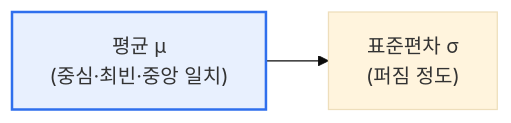
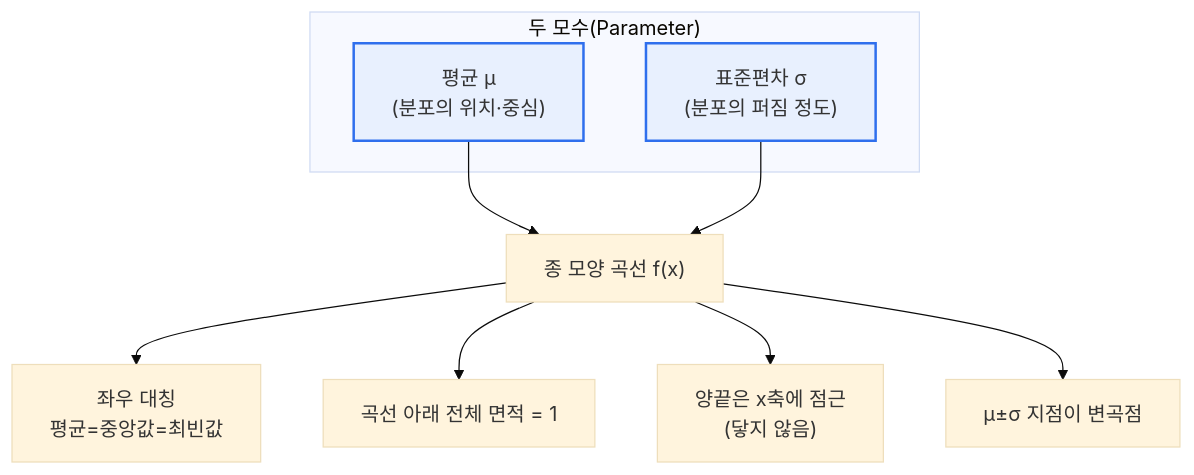
Before and after one commit to coninggu/wjdqhrhksflrltnftk: the first of 2 diagrams in content/normal-distribution.md, drawn with Mermaid (base theme). The commit also changed other lines of this file and 3 other files, not shown here.

````diff
--- a/content/normal-distribution.md
+++ b/content/normal-distribution.md
@@ -15,5 +21,15 @@
 ```mermaid
-flowchart LR
-  M["평균 μ<br/>(중심·최빈·중앙 일치)"] --> S["표준편차 σ<br/>(퍼짐 정도)"]
+flowchart TB
+  subgraph P["두 모수(Parameter)"]
+    M["평균 μ<br/>(분포의 위치·중심)"]
+    S["표준편차 σ<br/>(분포의 퍼짐 정도)"]
+  end
+  M --> C["종 모양 곡선 f(x)"]
+  S --> C
+  C --> A1["좌우 대칭<br/>평균=중앙값=최빈값"]
+  C --> A2["곡선 아래 전체 면적 = 1"]
+  C --> A3["양끝은 x축에 점근<br/>(닿지 않음)"]
+  C --> A4["μ±σ 지점이 변곡점"]
   style M fill:#e8f0fe,stroke:#2f6fed,stroke-width:2px
+  style S fill:#e8f0fe,stroke:#2f6fed,stroke-width:2px
 ```
````
